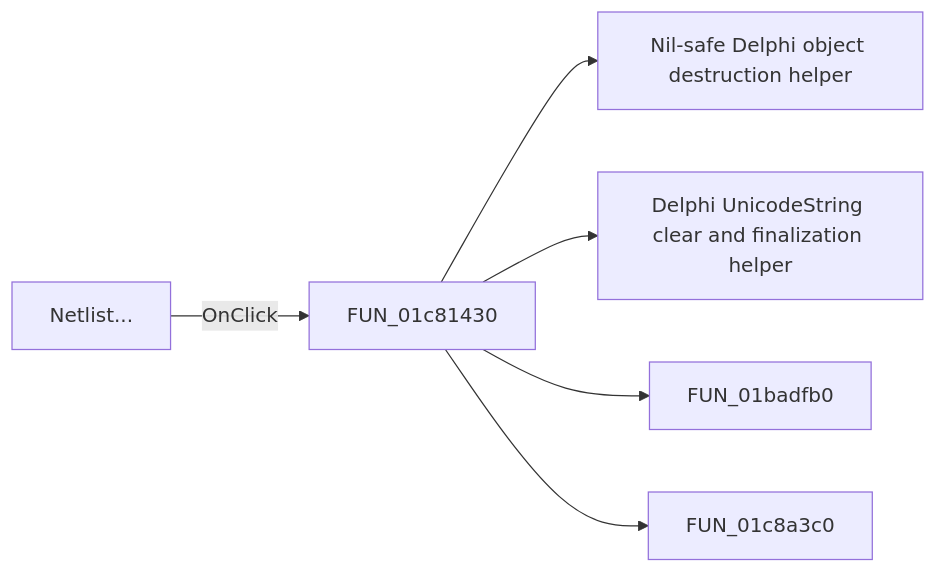
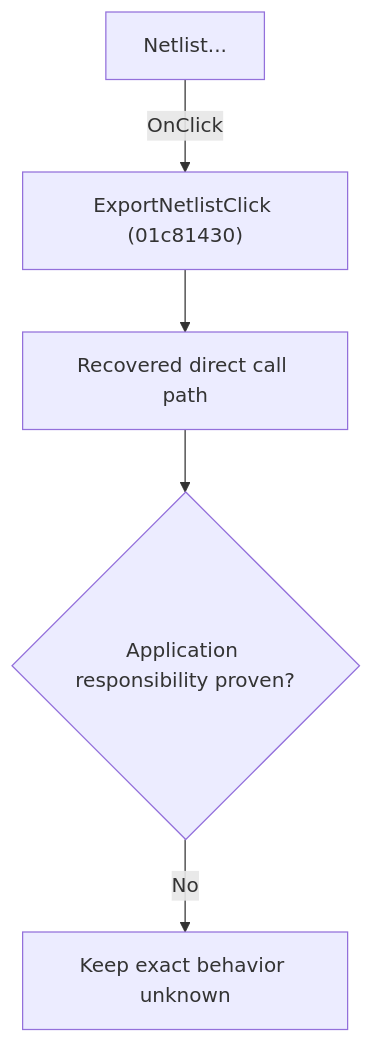
Before and after one commit to MovGP0/TIARA: the diagram in docs/ui-controls/schematiceditor/exportnetlist-0b225bb683.md, drawn with Mermaid. The commit also changed other lines of this file and 1062 other files, not shown here.

````diff
--- a/docs/ui-controls/schematiceditor/exportnetlist-0b225bb683.md
+++ b/docs/ui-controls/schematiceditor/exportnetlist-0b225bb683.md
@@ -27,8 +27,7 @@
 ```mermaid
-flowchart LR
-    control["Netlist..."] -->|OnClick| handler["FUN_01c81430"]
-    handler --> call1["Nil-safe Delphi object destruction helper"]
-    handler --> call2["Delphi UnicodeString clear and finalization helper"]
-    handler --> call3["FUN_01badfb0"]
-    handler --> call4["FUN_01c8a3c0"]
+flowchart TD
+    control["Netlist..."] -->|"OnClick"| handler["ExportNetlistClick (01c81430)"]
+    handler --> recovered["Recovered direct call path"]
+    recovered --> gap{"Application responsibility proven?"}
+    gap -->|"No"| blocked["Keep exact behavior unknown"]
 ```
````
